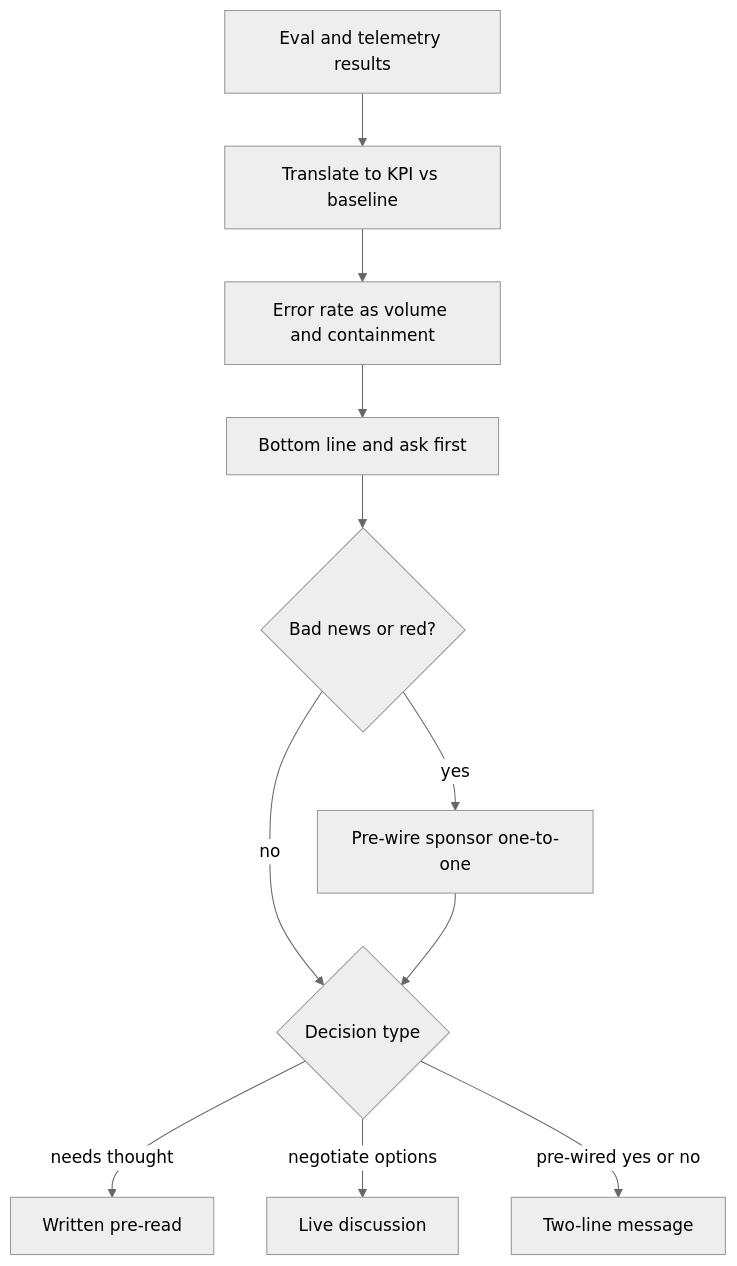
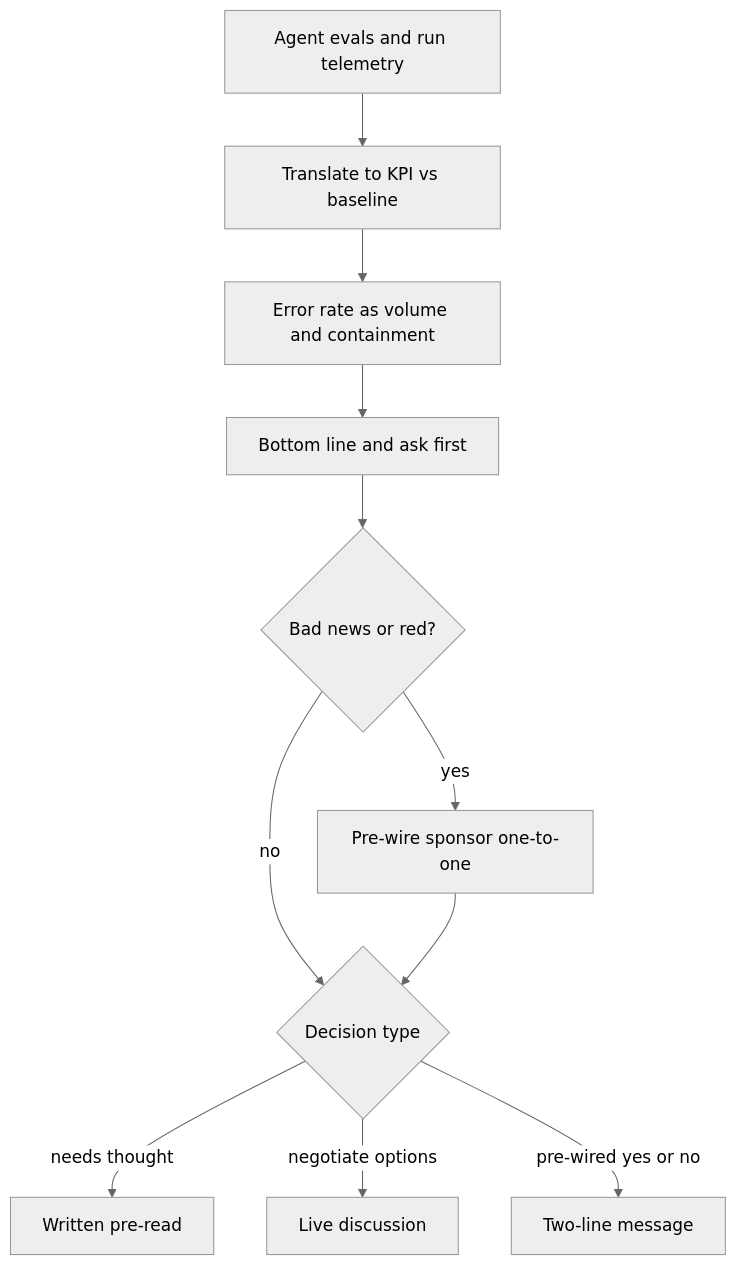
The diagram in content/adoption/exec-communication.md (lovishmahajan97/agentic-learning), drawn with Mermaid (neutral theme) before and after one commit. The commit also changed other lines of this file and 454 other files, not shown here.

````diff
--- a/content/adoption/exec-communication.md
+++ b/content/adoption/exec-communication.md
@@ -129,13 +144,13 @@
 ```mermaid
 flowchart TD
-    E["Eval and telemetry results"] --> T["Translate to KPI vs baseline"]
+    E["Agent evals and run telemetry"] --> T["Translate to KPI vs baseline"]
     T --> Q["Error rate as volume and containment"]
     Q --> B["Bottom line and ask first"]
     B --> N{"Bad news or red?"}
     N -->|"yes"| P["Pre-wire sponsor one-to-one"]
     N -->|"no"| C{"Decision type"}
     P --> C
     C -->|"needs thought"| R["Written pre-read"]
     C -->|"negotiate options"| L["Live discussion"]
     C -->|"pre-wired yes or no"| M["Two-line message"]
 ```
````
